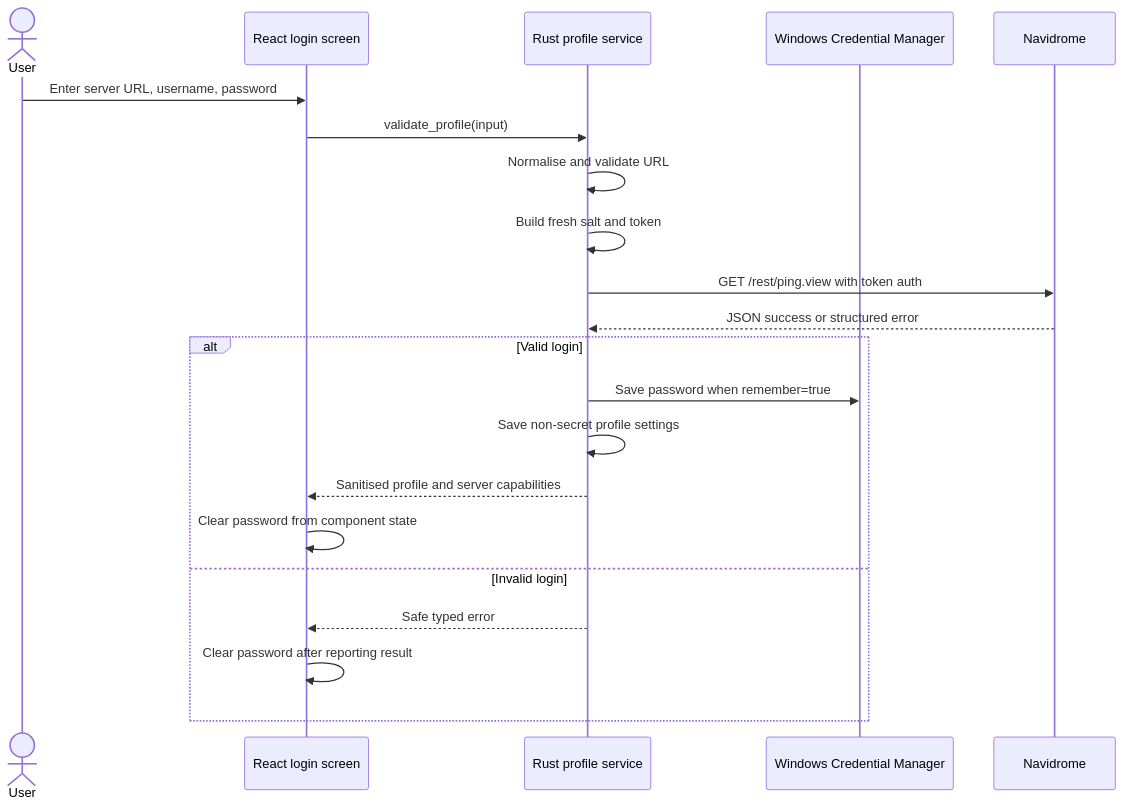
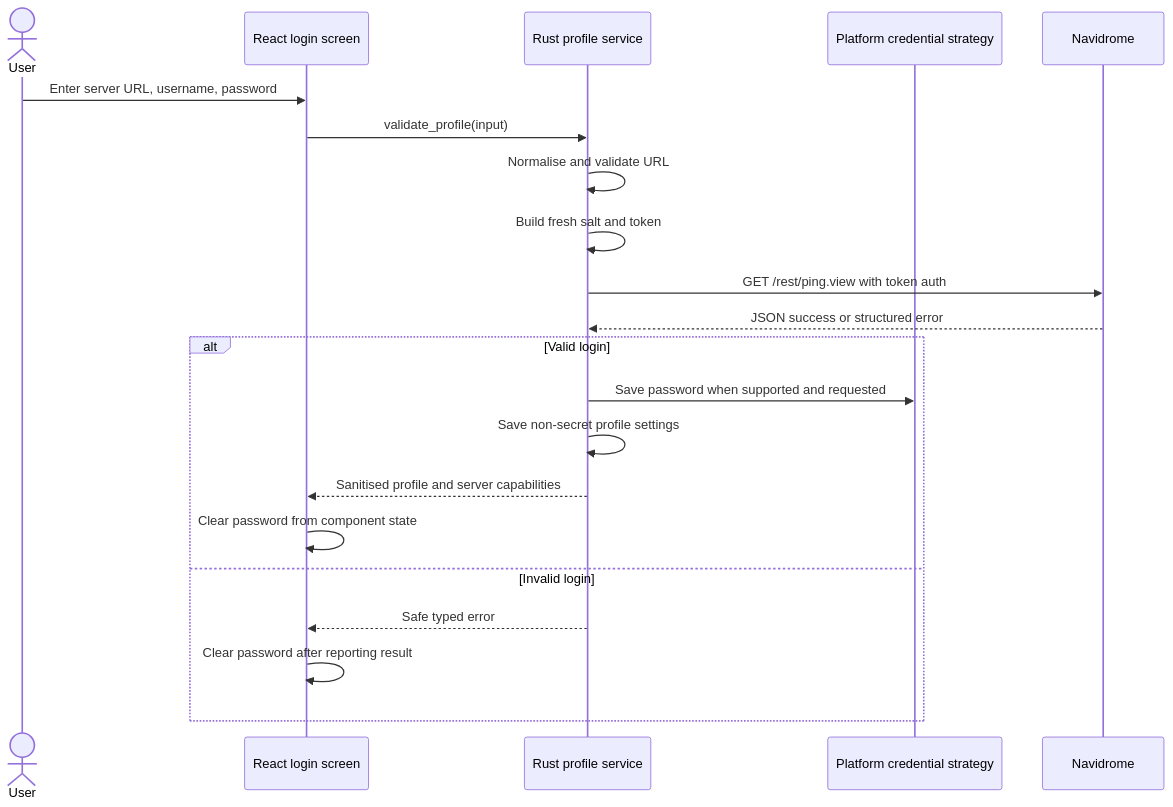
One commit to edwardchaput-spec/Pocket-Player changed the third of 3 diagrams in ARCHITECTURE.md. Above: the diagram before and after it, drawn with Mermaid. The commit also changed other lines of this file and 17 other files, not shown here.

````diff
--- a/ARCHITECTURE.md
+++ b/ARCHITECTURE.md
@@ -184,24 +184,24 @@
 ```mermaid
 sequenceDiagram
     actor User
     participant UI as React login screen
     participant Rust as Rust profile service
-    participant Keyring as Windows Credential Manager
+    participant Creds as Platform credential strategy
     participant ND as Navidrome
 
     User->>UI: Enter server URL, username, password
     UI->>Rust: validate_profile(input)
     Rust->>Rust: Normalise and validate URL
     Rust->>Rust: Build fresh salt and token
     Rust->>ND: GET /rest/ping.view with token auth
     ND-->>Rust: JSON success or structured error
     alt Valid login
-        Rust->>Keyring: Save password when remember=true
+        Rust->>Creds: Save password when supported and requested
         Rust->>Rust: Save non-secret profile settings
         Rust-->>UI: Sanitised profile and server capabilities
         UI->>UI: Clear password from component state
     else Invalid login
         Rust-->>UI: Safe typed error
         UI->>UI: Clear password after reporting result
     end
 ```
````
